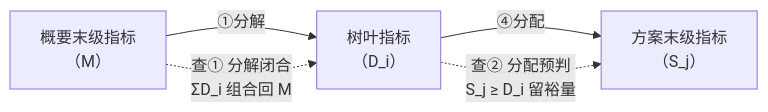
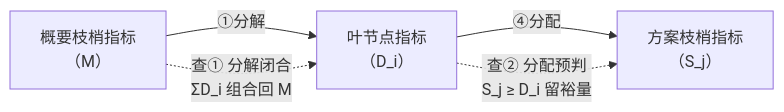
Before and after one commit to Yongjunzhou/AOS-system-design: the fifth of 5 diagrams in 50-research/03-架构师是个怎样的物种/06-第6章-设计开发落地-需求与方案结对.md, drawn with Mermaid. The commit also changed other lines of this file, not shown here.

````diff
--- a/50-research/03-架构师是个怎样的物种/06-第6章-设计开发落地-需求与方案结对.md
+++ b/50-research/03-架构师是个怎样的物种/06-第6章-设计开发落地-需求与方案结对.md
@@ -924,7 +924,7 @@
 ```mermaid
 flowchart LR
-    M["概要末级指标<br/>（M）"] -->|"①分解"| D["树叶指标<br/>（D_i）"]
-    D -->|"④分配"| S["方案末级指标<br/>（S_j）"]
+    M["概要枝梢指标<br/>（M）"] -->|"①分解"| D["叶节点指标<br/>（D_i）"]
+    D -->|"④分配"| S["方案枝梢指标<br/>（S_j）"]
     M -.->|"查① 分解闭合<br/>ΣD_i 组合回 M"| D
     D -.->|"查② 分配预判<br/>S_j ≥ D_i 留裕量"| S
 ```
````
